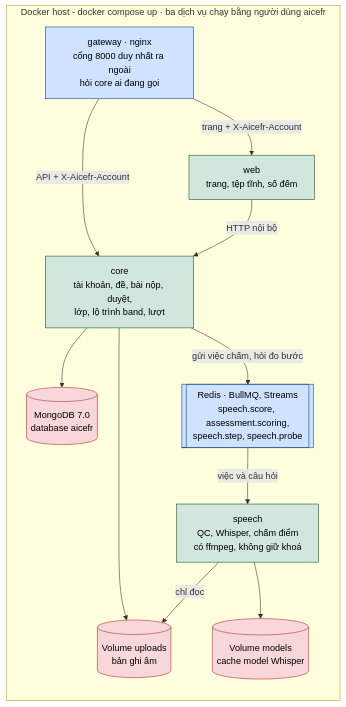
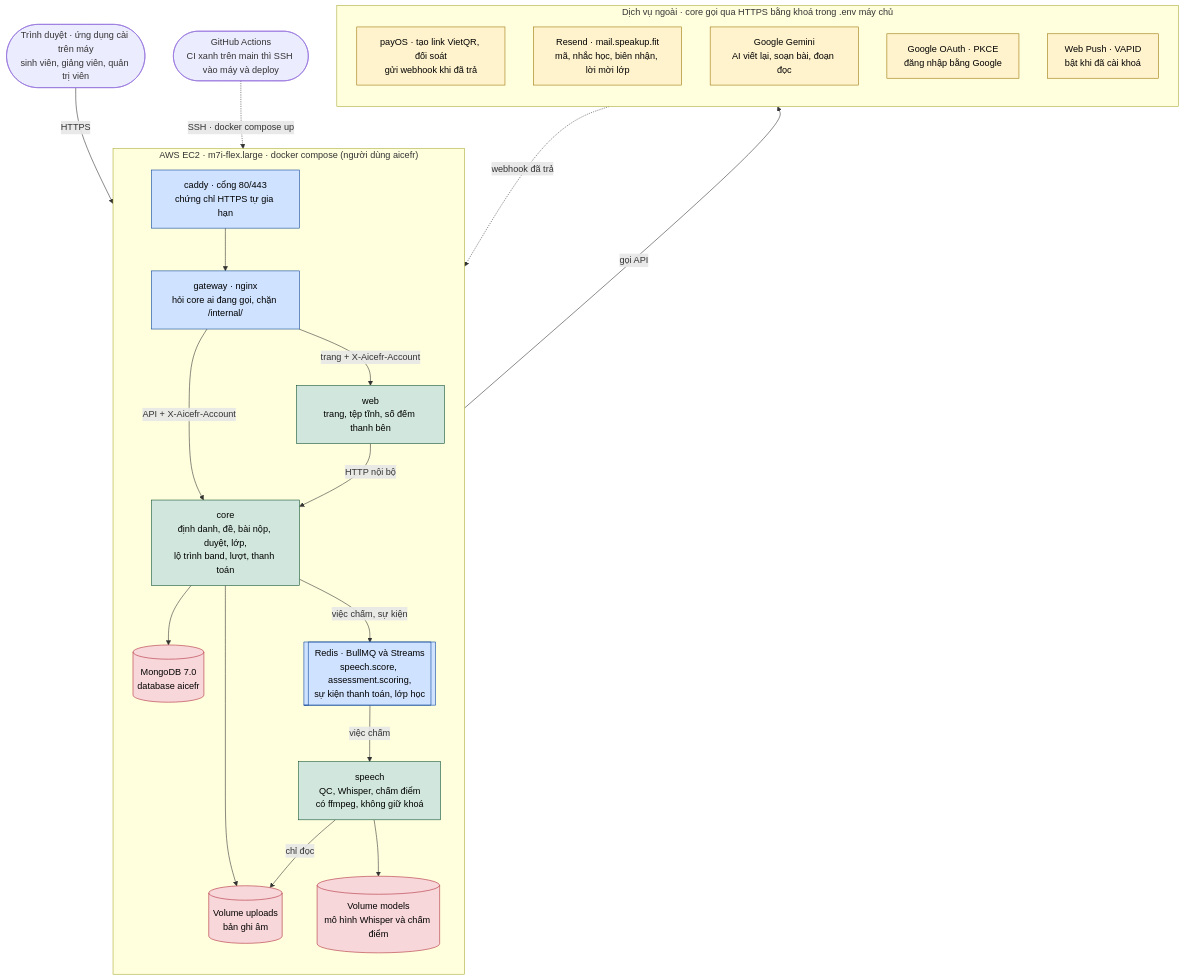
One commit to ThanhSangLouis/ai-assessor-cefr changed the tenth of 12 diagrams in docs/sdd/SDD.md. Above: the diagram before and after it, drawn with Mermaid. The commit also changed other lines of this file and 19 other files, not shown here.

Commit message:
D109: email báo lời mời và học viên mới vào lớp; rà toàn bộ sơ đồ cho báo cáo cuối

````diff
--- a/docs/sdd/SDD.md
+++ b/docs/sdd/SDD.md
@@ -1354,35 +1441,57 @@
 ```mermaid
-%% SDD - Diagram 06: Deployment diagram - sau D044, D048, D050
-%% Ve dung docker-compose.yml va Dockerfile: mot gateway nginx, ba dich vu
-%% (core, speech, web), MongoDB mot database aicefr, Redis (BullMQ), hai volume. Mot
-%% may chay tat ca (aicefr.api.main) van dung duoc cho phat trien va kiem thu.
+%% SDD - Diagram 06: Deployment diagram - production https://speakup.fit (ban 1.34)
+%% Ve dung docker-compose.yml + docker-compose.prod.yml va deploy/Caddyfile: Caddy giu
+%% HTTPS, mot gateway nginx, ba dich vu (core, speech, web), MongoDB, Redis (BullMQ,
+%% Streams), hai volume. Mot may EC2; GitHub Actions deploy qua SSH khi main xanh.
+%% Dich vu ngoai: payOS (thanh toan, D095), Resend (email, D079), Gemini (AI viet
+%% lai va soan bai, D072, D073), Google (dang nhap, D036), Web Push (D088).
 flowchart TB
-    subgraph HOST["Docker host - docker compose up · ba dịch vụ chạy bằng người dùng aicefr"]
+    U(["Trình duyệt · ứng dụng cài trên máy<br/>sinh viên, giảng viên, quản trị viên"])
+    GH(["GitHub Actions<br/>CI xanh trên main thì SSH vào máy và deploy"])
+
+    subgraph HOST["AWS EC2 · m7i-flex.large · docker compose (người dùng aicefr)"]
         direction TB
-        GW["gateway · nginx<br/>cổng 8000 duy nhất ra ngoài<br/>hỏi core ai đang gọi"]
-        CO["core<br/>tài khoản, đề, bài nộp, duyệt,<br/>lớp, lộ trình band, lượt"]
-        WE["web<br/>trang, tệp tĩnh, số đếm"]
+        CA["caddy · cổng 80/443<br/>chứng chỉ HTTPS tự gia hạn"]
+        GW["gateway · nginx<br/>hỏi core ai đang gọi, chặn /internal/"]
+        CO["core<br/>định danh, đề, bài nộp, duyệt, lớp,<br/>lộ trình band, lượt, thanh toán"]
+        WE["web<br/>trang, tệp tĩnh, số đếm thanh bên"]
         SP["speech<br/>QC, Whisper, chấm điểm<br/>có ffmpeg, không giữ khoá"]
         PG[("MongoDB 7.0<br/>database aicefr")]
-        MQ[["Redis · BullMQ, Streams<br/>speech.score, assessment.scoring,<br/>speech.step, speech.probe"]]
+        MQ[["Redis · BullMQ và Streams<br/>speech.score, assessment.scoring,<br/>sự kiện thanh toán, lớp học"]]
         V1[("Volume uploads<br/>bản ghi âm")]
-        V2[("Volume models<br/>cache model Whisper")]
+        V2[("Volume models<br/>mô hình Whisper và chấm điểm")]
     end
 
+    subgraph EXT["Dịch vụ ngoài · core gọi qua HTTPS bằng khoá trong .env máy chủ"]
+        direction TB
+        PAY["payOS · tạo link VietQR, đối soát<br/>gửi webhook khi đã trả"]
+        RS["Resend · mail.speakup.fit<br/>mã, nhắc học, biên nhận, lời mời lớp"]
+        LLM["Google Gemini<br/>AI viết lại, soạn bài, đoạn đọc"]
+        GO["Google OAuth · PKCE<br/>đăng nhập bằng Google"]
+        WP["Web Push · VAPID<br/>bật khi đã cài khoá"]
+    end
+
+    U -->|"HTTPS"| CA
+    GH -.->|"SSH · docker compose up"| CA
+    CA --> GW
     GW -->|"API + X-Aicefr-Account"| CO
     GW -->|"trang + X-Aicefr-Account"| WE
     WE -->|"HTTP nội bộ"| CO
     CO --> PG
-    CO -->|"gửi việc chấm, hỏi đo bước"| MQ
-    MQ -->|"việc và câu hỏi"| SP
+    CO -->|"việc chấm, sự kiện"| MQ
+    MQ -->|"việc chấm"| SP
     CO --> V1
     SP -->|"chỉ đọc"| V1
     SP --> V2
+    CO -->|"gọi API"| EXT
+    PAY -.->|"webhook đã trả"| CA
 
     classDef data fill:#f8d7da,stroke:#b02a37,color:#000
     classDef app fill:#d1e7dd,stroke:#0f5132,color:#000
     classDef edge fill:#cfe2ff,stroke:#084298,color:#000
+    classDef ext fill:#fff3cd,stroke:#997404,color:#000
     class PG,V1,V2 data
     class CO,WE,SP app
-    class GW,MQ edge
+    class CA,GW,MQ edge
+    class PAY,RS,LLM,GO,WP ext
 ```
````
